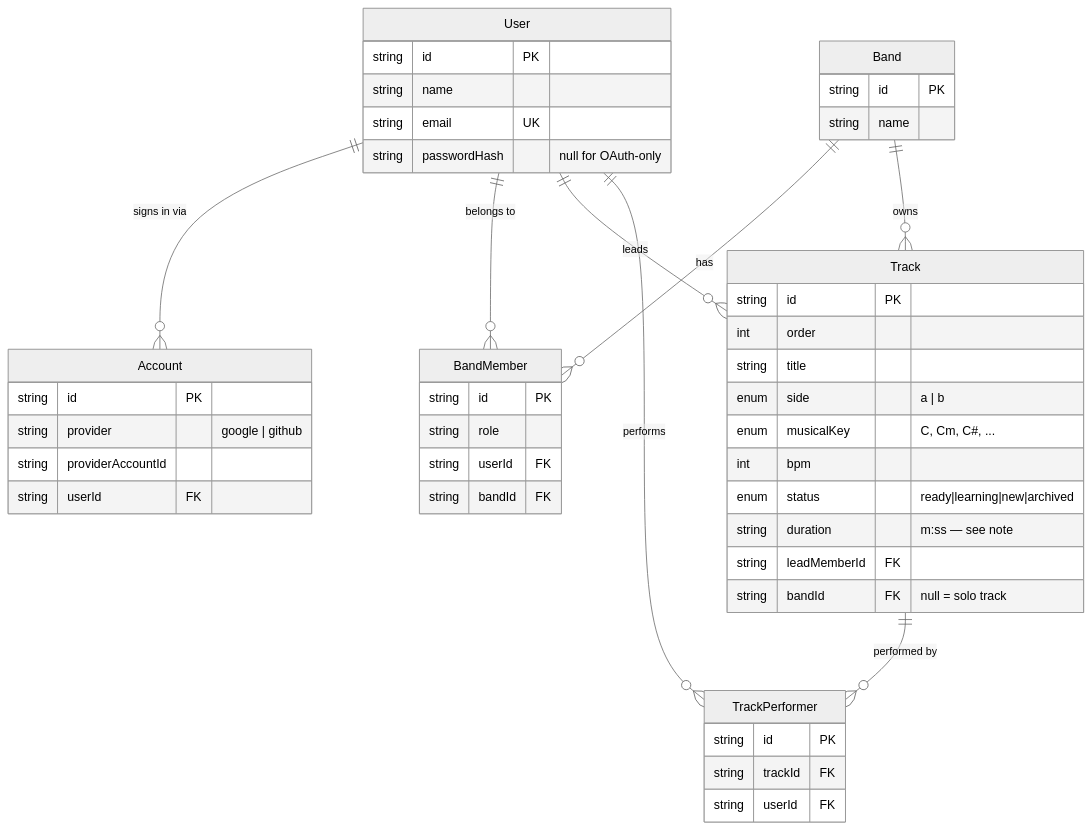
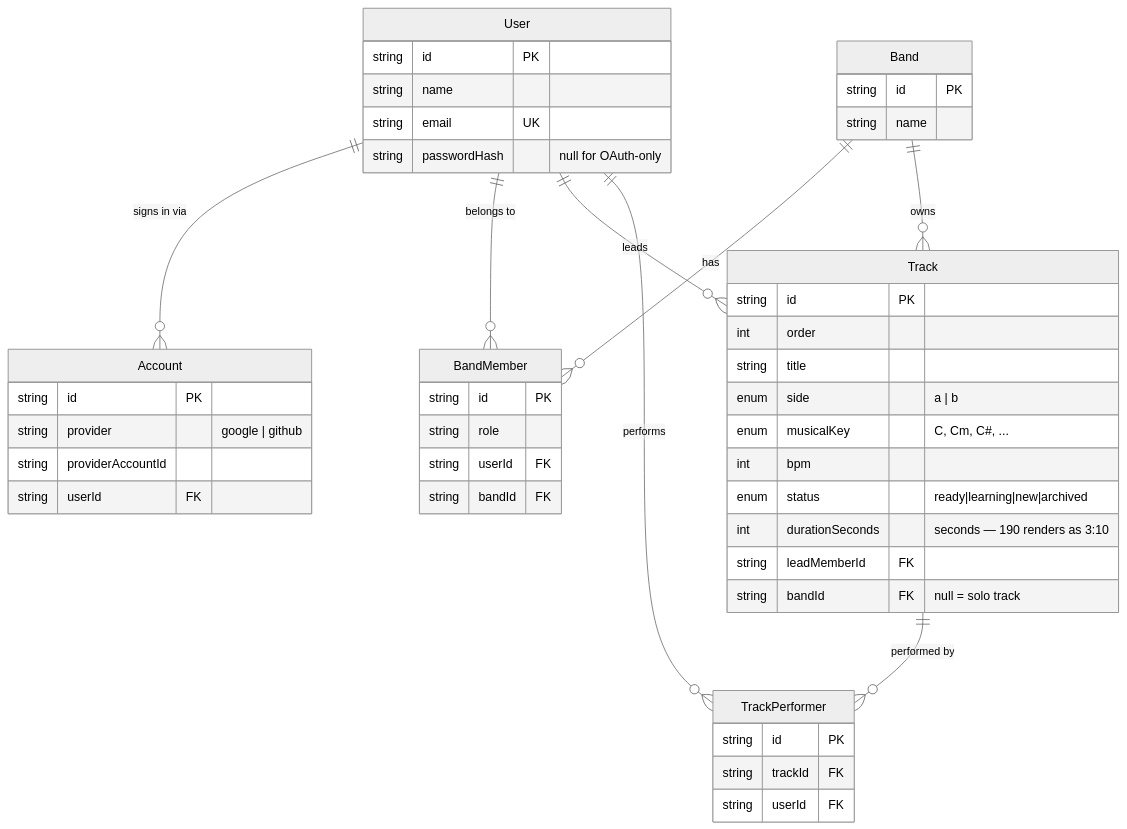
One commit to SoliaMarko/nonsololarco changed the second of 5 diagrams in docs/architecture/overview.md. Above: the diagram before and after it, drawn with Mermaid (neutral theme). The commit also changed other lines of this file and 22 other files, not shown here.

````diff
--- a/docs/architecture/overview.md
+++ b/docs/architecture/overview.md
@@ -63,50 +63,50 @@
 ```mermaid
 erDiagram
     User ||--o{ Account : "signs in via"
     User ||--o{ BandMember : "belongs to"
     Band ||--o{ BandMember : "has"
     Band ||--o{ Track : "owns"
     User ||--o{ Track : "leads"
     Track ||--o{ TrackPerformer : "performed by"
     User ||--o{ TrackPerformer : "performs"
 
     User {
         string id PK
         string name
         string email UK
         string passwordHash "null for OAuth-only"
     }
     Account {
         string id PK
         string provider "google | github"
         string providerAccountId
         string userId FK
     }
     Band {
         string id PK
         string name
     }
     BandMember {
         string id PK
         string role
         string userId FK
         string bandId FK
     }
     Track {
         string id PK
         int order
         string title
         enum side "a | b"
         enum musicalKey "C, Cm, C#, ..."
         int bpm
         enum status "ready|learning|new|archived"
-        string duration "m:ss — see note"
+        int durationSeconds "seconds — 190 renders as 3:10"
         string leadMemberId FK
         string bandId FK "null = solo track"
     }
     TrackPerformer {
         string id PK
         string trackId FK
         string userId FK
     }
 ```
````
